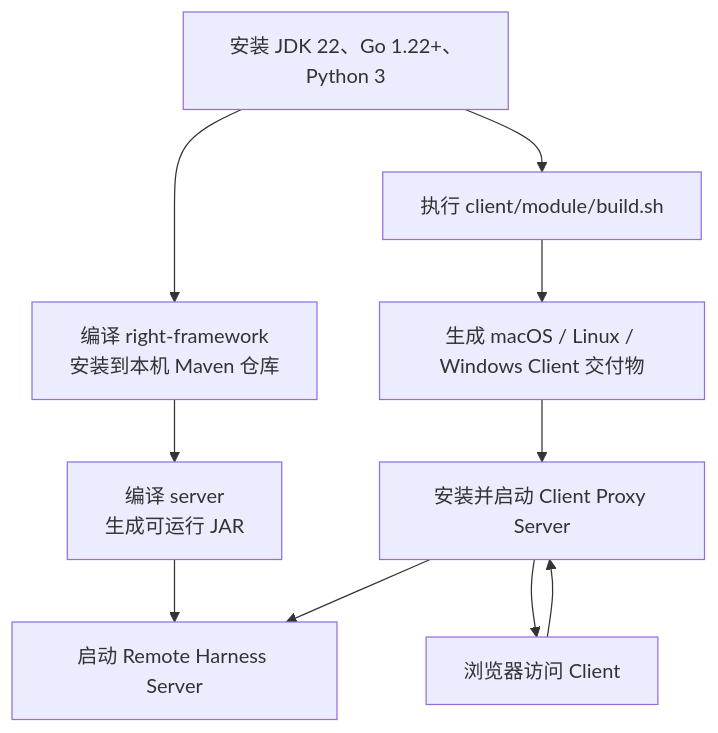
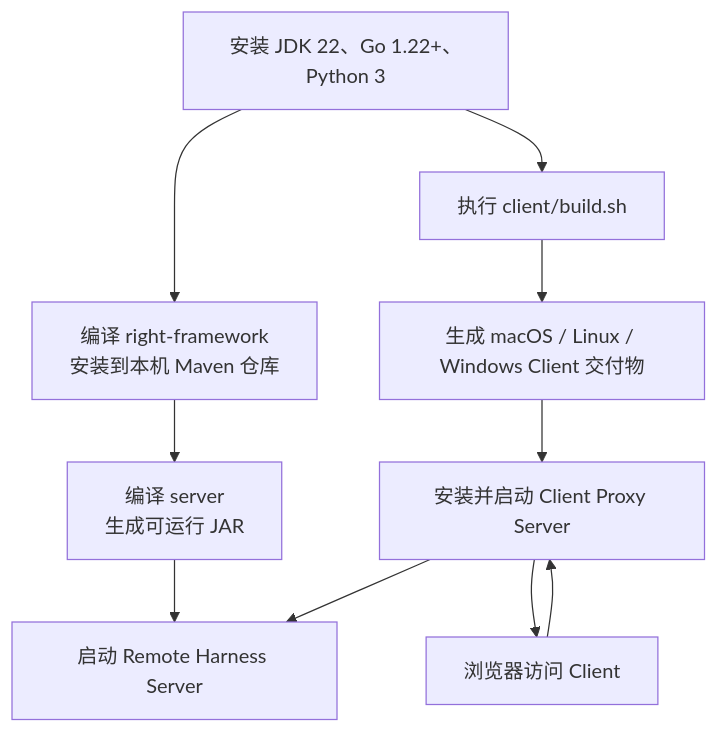
The third of 4 diagrams in readme.md (jwsnt/deepright), drawn with Mermaid before and after one commit. The commit also changed other lines of this file, not shown here.

````diff
--- a/readme.md
+++ b/readme.md
@@ -78,12 +78,12 @@
 ```mermaid
 flowchart TD
     A["安装 JDK 22、Go 1.22+、Python 3"] --> B["编译 right-framework\n安装到本机 Maven 仓库"]
     B --> C["编译 server\n生成可运行 JAR"]
-    A --> D["执行 client/module/build.sh"]
+    A --> D["执行 client/build.sh"]
     D --> E["生成 macOS / Linux / Windows Client 交付物"]
     C --> F["启动 Remote Harness Server"]
     E --> G["安装并启动 Client Proxy Server"]
     G --> H["浏览器访问 Client"]
     H --> G
     G --> F
 ```
````
